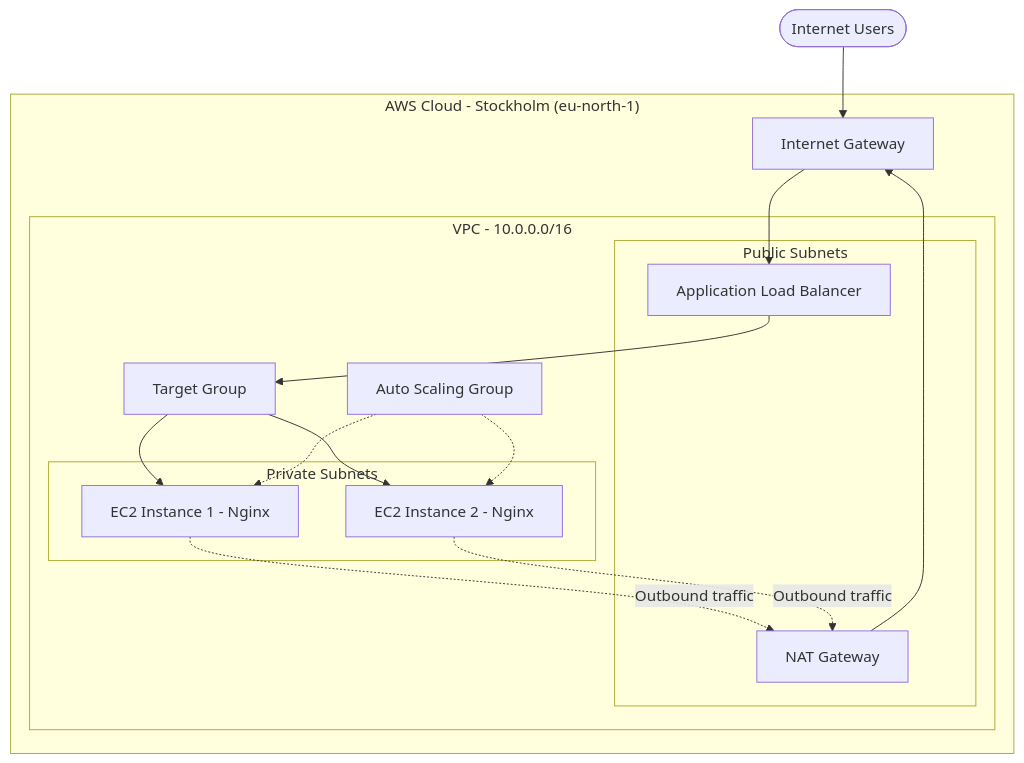
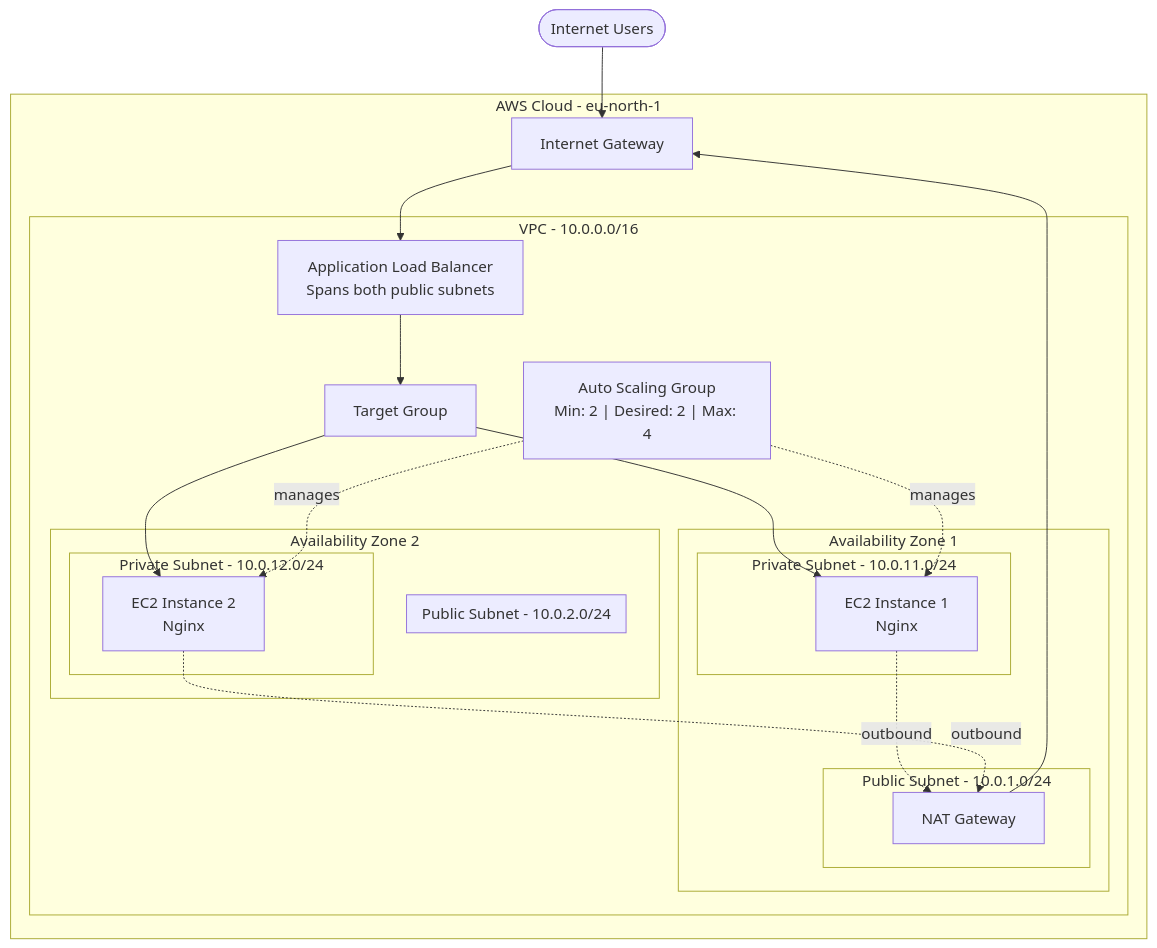
Before and after one commit to Allanur1906/Aws-terraform-infrastructure: the diagram in README.md, drawn with Mermaid.

Commit message:
Improve AWS architecture diagram

````diff
--- a/README.md
+++ b/README.md
@@ -18,36 +16,47 @@
 ```mermaid
 flowchart TB
-    User(["Internet Users"])
+    USER(["Internet Users"])
 
-    subgraph AWS["AWS Cloud - Stockholm (eu-north-1)"]
+    subgraph AWS["AWS Cloud - eu-north-1"]
         IGW["Internet Gateway"]
 
         subgraph VPC["VPC - 10.0.0.0/16"]
-            subgraph PUBLIC["Public Subnets"]
-                ALB["Application Load Balancer"]
-                NAT["NAT Gateway"]
+
+            subgraph AZ1["Availability Zone 1"]
+                subgraph PUB1["Public Subnet - 10.0.1.0/24"]
+                    NAT["NAT Gateway"]
+                end
+
+                subgraph PRIV1["Private Subnet - 10.0.11.0/24"]
+                    EC2A["EC2 Instance 1<br/>Nginx"]
+                end
             end
 
-            subgraph PRIVATE["Private Subnets"]
-                EC2A["EC2 Instance 1 - Nginx"]
-                EC2B["EC2 Instance 2 - Nginx"]
+            subgraph AZ2["Availability Zone 2"]
+                subgraph PUB2["Public Subnet - 10.0.2.0/24"]
+                end
+
+                subgraph PRIV2["Private Subnet - 10.0.12.0/24"]
+                    EC2B["EC2 Instance 2<br/>Nginx"]
+                end
             end
 
+            ALB["Application Load Balancer<br/>Spans both public subnets"]
             TG["Target Group"]
-            ASG["Auto Scaling Group"]
+            ASG["Auto Scaling Group<br/>Min: 2 | Desired: 2 | Max: 4"]
         end
     end
 
-    User --> IGW
+    USER --> IGW
     IGW --> ALB
     ALB --> TG
     TG --> EC2A
     TG --> EC2B
 
-    ASG -.-> EC2A
-    ASG -.-> EC2B
+    ASG -. manages .-> EC2A
+    ASG -. manages .-> EC2B
 
-    EC2A -. Outbound traffic .-> NAT
-    EC2B -. Outbound traffic .-> NAT
+    EC2A -. outbound .-> NAT
+    EC2B -. outbound .-> NAT
     NAT --> IGW
 ```
````
